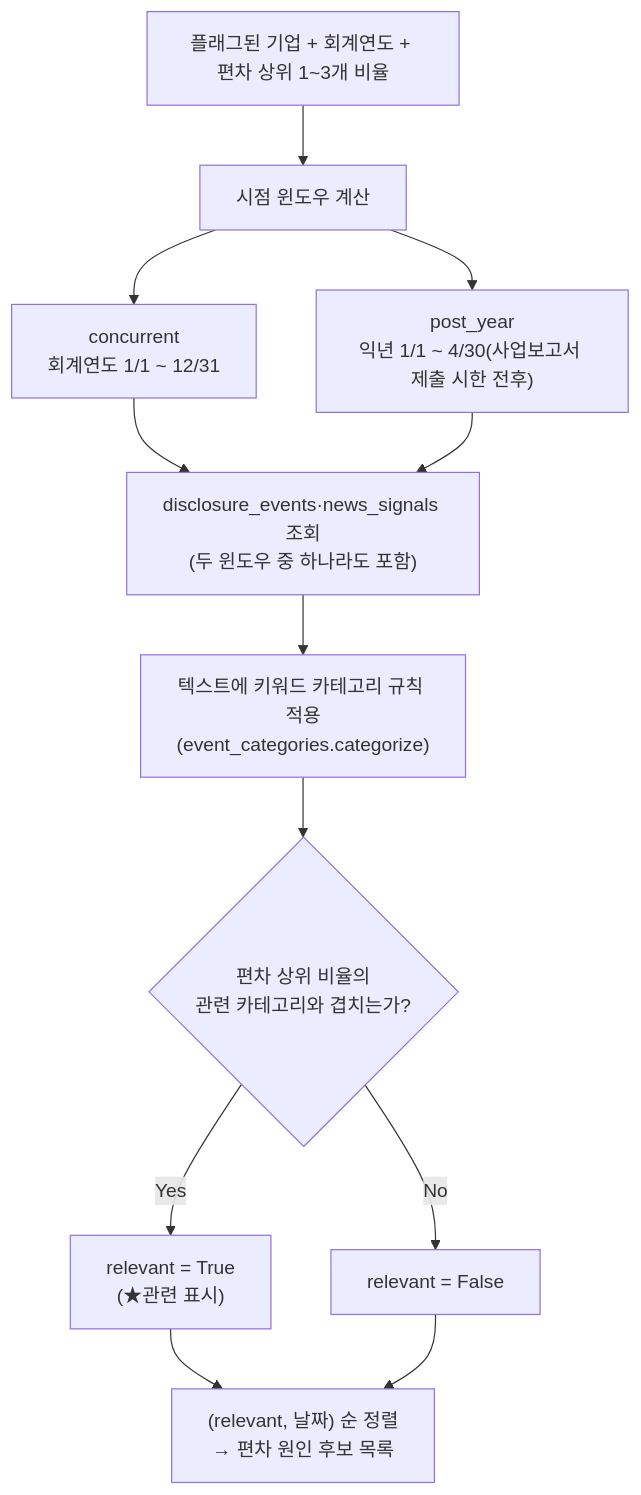
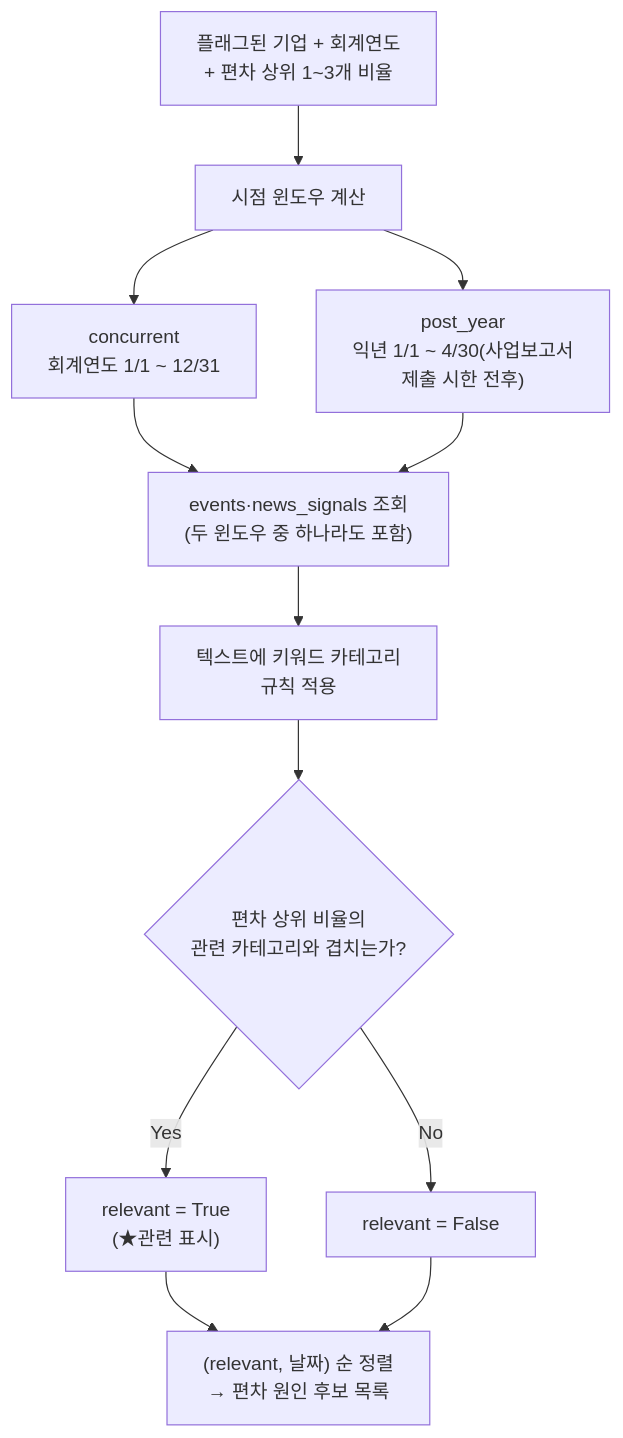
Before and after one commit to lkwon16/auto_analytics: the third of 3 diagrams in README.md, drawn with Mermaid. The commit also changed other lines of this file, not shown here.

First line of the commit message:
README mermaid 다이어그램을 Notion에서 수정한 라벨 줄바꿈으로 동기화

````diff
--- a/README.md
+++ b/README.md
@@ -89,21 +96,23 @@
 ```mermaid
 flowchart TD
-    A["플래그된 기업 + 회계연도 + 편차 상위 1~3개 비율"] --> B["시점 윈도우 계산"]
+    A["플래그된 기업 + 회계연도 
+    + 편차 상위 1~3개 비율"] --> B["시점 윈도우 계산"]
     B --> C["concurrent
 회계연도 1/1 ~ 12/31"]
     B --> D["post_year
-익년 1/1 ~ 4/30(사업보고서 제출 시한 전후)"]
-    C --> E["disclosure_events·news_signals 조회
+익년 1/1 ~ 4/30(사업보고서 
+제출 시한 전후)"]
+    C --> E["events·news_signals 조회
 (두 윈도우 중 하나라도 포함)"]
     D --> E
-    E --> F["텍스트에 키워드 카테고리 규칙 적용
-(event_categories.categorize)"]
+    E --> F["텍스트에 키워드 카테고리 
+    규칙 적용"]
     F --> G{"편차 상위 비율의
 관련 카테고리와 겹치는가?"}
     G -->|Yes| H["relevant = True
 (★관련 표시)"]
     G -->|No| I["relevant = False"]
     H --> J["(relevant, 날짜) 순 정렬
 → 편차 원인 후보 목록"]
     I --> J
 ```
````
